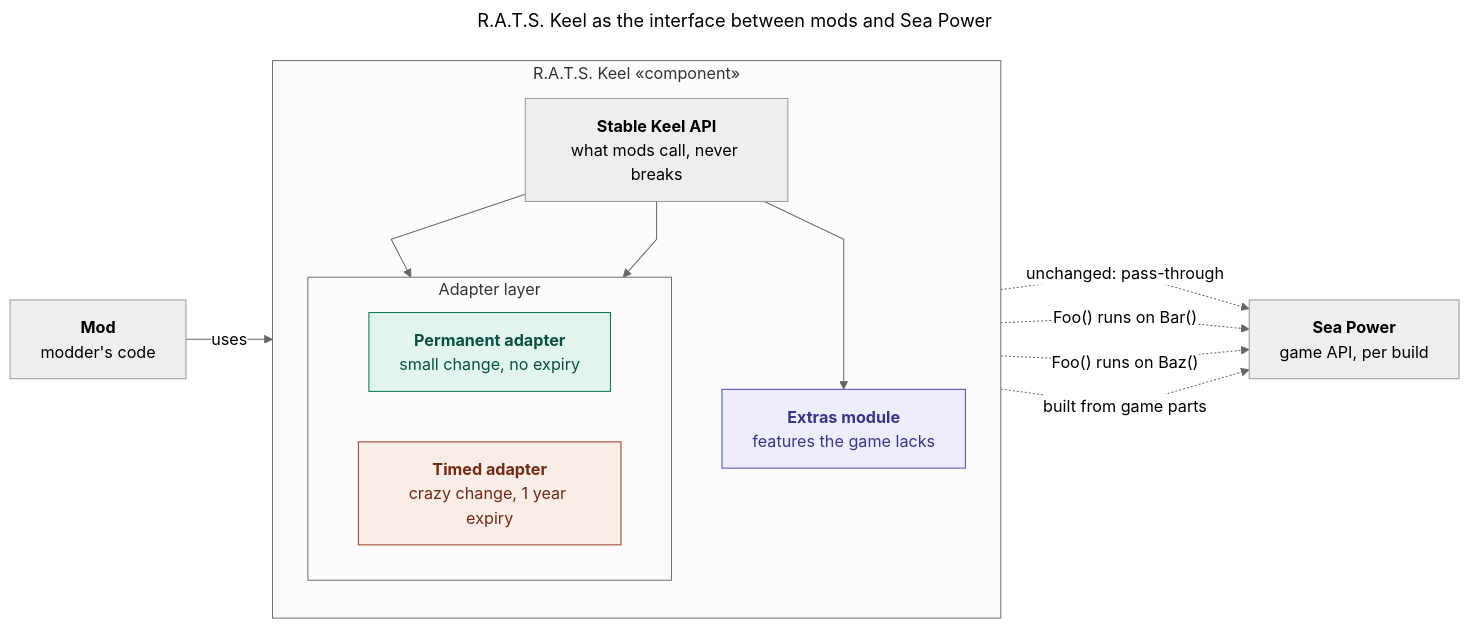
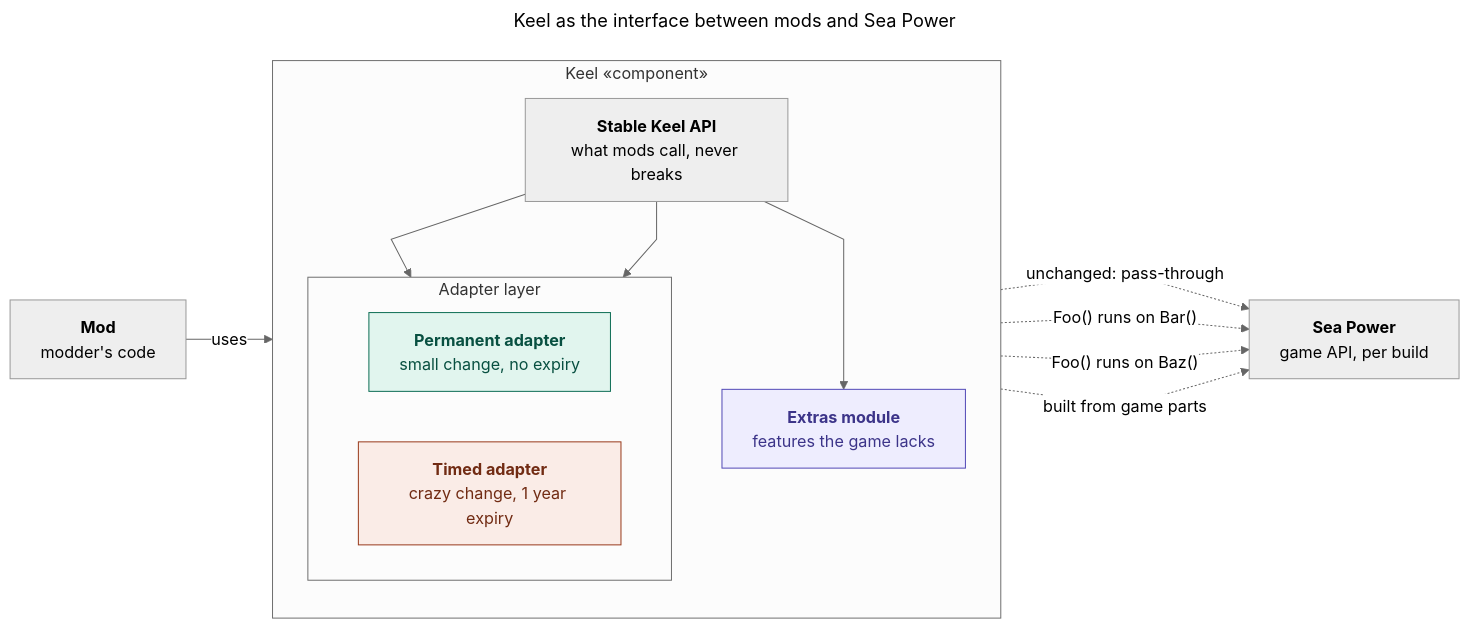
One commit to SEARATS/RatsSeaPowerKeel changed the first of 3 diagrams in docs/community/diagrams.md. Above: the diagram before and after it, drawn with Mermaid. The commit also changed other lines of this file and 36 other files, not shown here.

Commit message:
Rename the loader to just Keel (Steam title: Keel - Sea Power Mod Loader)

````diff
--- a/docs/community/diagrams.md
+++ b/docs/community/diagrams.md
@@ -13,40 +13,40 @@
 ```mermaid
 ---
-title: R.A.T.S. Keel as the interface between mods and Sea Power
+title: Keel as the interface between mods and Sea Power
 config:
   theme: neutral
   flowchart:
     curve: linear
 ---
 flowchart LR
     Mod["<b>Mod</b><br/>modder's code"]
 
-    subgraph Keel["R.A.T.S. Keel «component»"]
+    subgraph Keel["Keel «component»"]
         direction TB
         API["<b>Stable Keel API</b><br/>what mods call, never breaks"]
         subgraph Adapters["Adapter layer"]
             direction LR
             Perm["<b>Permanent adapter</b><br/>small change, no expiry"]
             Timed["<b>Timed adapter</b><br/>crazy change, 1 year expiry"]
         end
         Extras["<b>Extras module</b><br/>features the game lacks"]
         API --> Perm
         API --> Timed
         API --> Extras
     end
 
     Game["<b>Sea Power</b><br/>game API, per build"]
 
     Mod -- "uses" --> API
     API -. "unchanged: pass-through" .-> Game
     Perm -. "Foo() runs on Bar()" .-> Game
     Timed -. "Foo() runs on Baz()" .-> Game
     Extras -. "built from game parts" .-> Game
 
     classDef perm fill:#E1F5EE,stroke:#0F6E56,color:#085041
     classDef timed fill:#FAECE7,stroke:#993C1D,color:#712B13
     classDef extra fill:#EEEDFE,stroke:#534AB7,color:#3C3489
     class Perm perm
     class Timed timed
     class Extras extra
 ```
````
